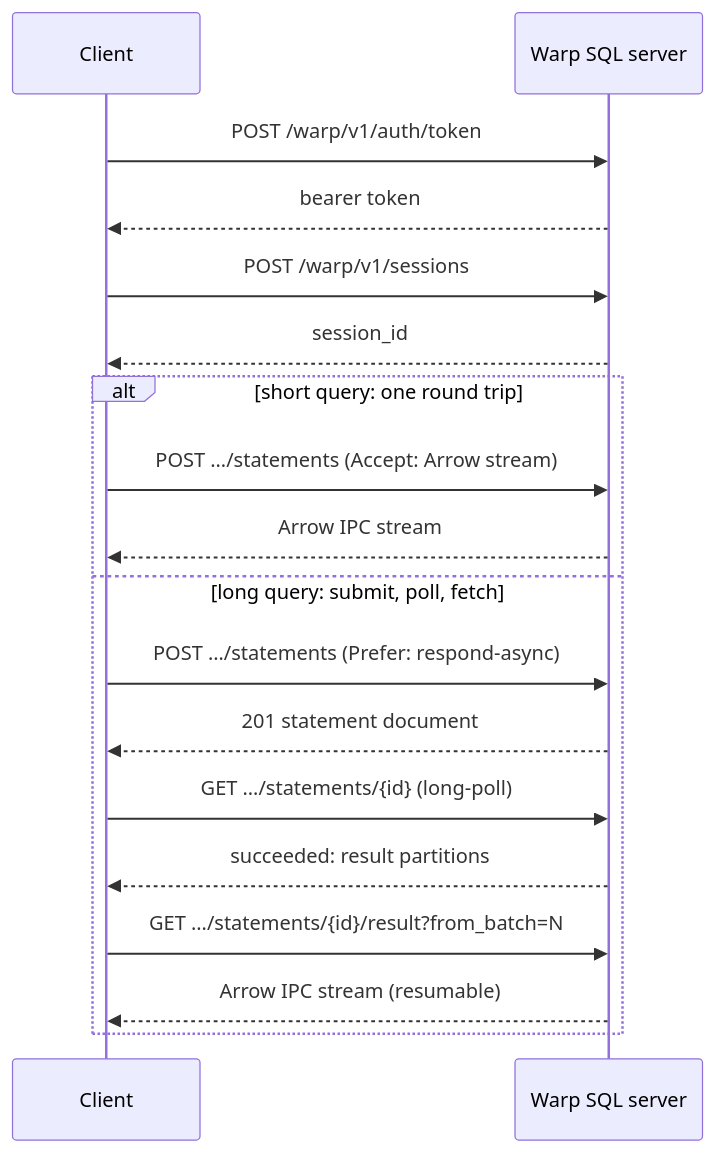
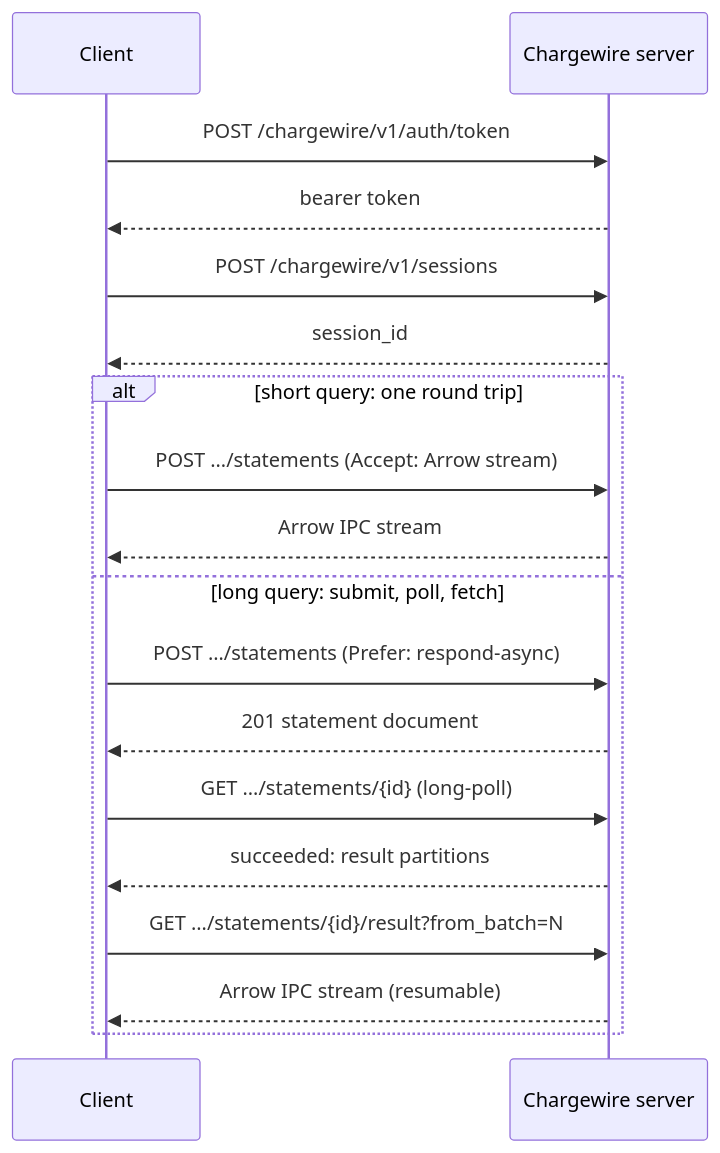
Before and after one commit to gizmodata/chargewire: the diagram in README.md, drawn with Mermaid. The commit also changed other lines of this file and 211 other files, not shown here.

````diff
--- a/README.md
+++ b/README.md
@@ -92,20 +92,20 @@
 ```mermaid
 sequenceDiagram
   participant C as Client
-  participant S as Warp SQL server
-  C->>S: POST /warp/v1/auth/token
+  participant S as Chargewire server
+  C->>S: POST /chargewire/v1/auth/token
   S-->>C: bearer token
-  C->>S: POST /warp/v1/sessions
+  C->>S: POST /chargewire/v1/sessions
   S-->>C: session_id
   alt short query: one round trip
     C->>S: POST …/statements  (Accept: Arrow stream)
     S-->>C: Arrow IPC stream
   else long query: submit, poll, fetch
     C->>S: POST …/statements  (Prefer: respond-async)
     S-->>C: 201 statement document
     C->>S: GET …/statements/{id}  (long-poll)
     S-->>C: succeeded: result partitions
     C->>S: GET …/statements/{id}/result?from_batch=N
     S-->>C: Arrow IPC stream (resumable)
   end
 ```
````
